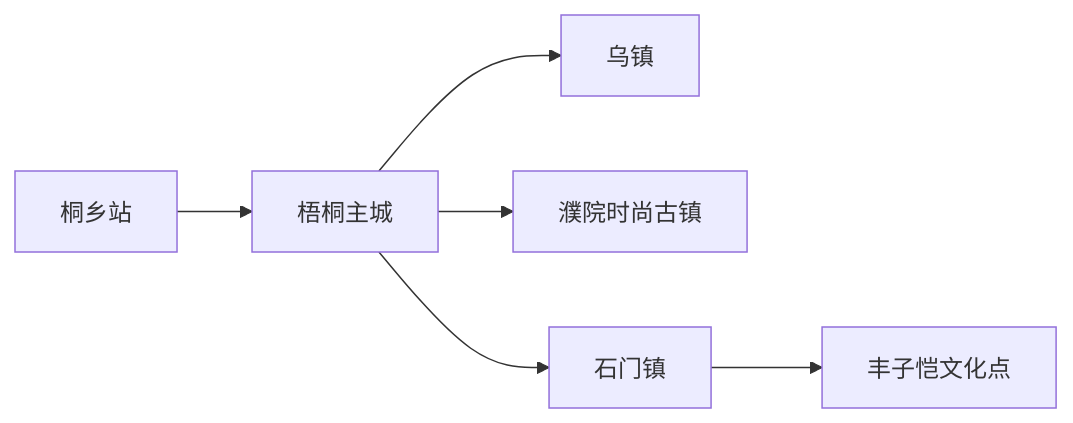
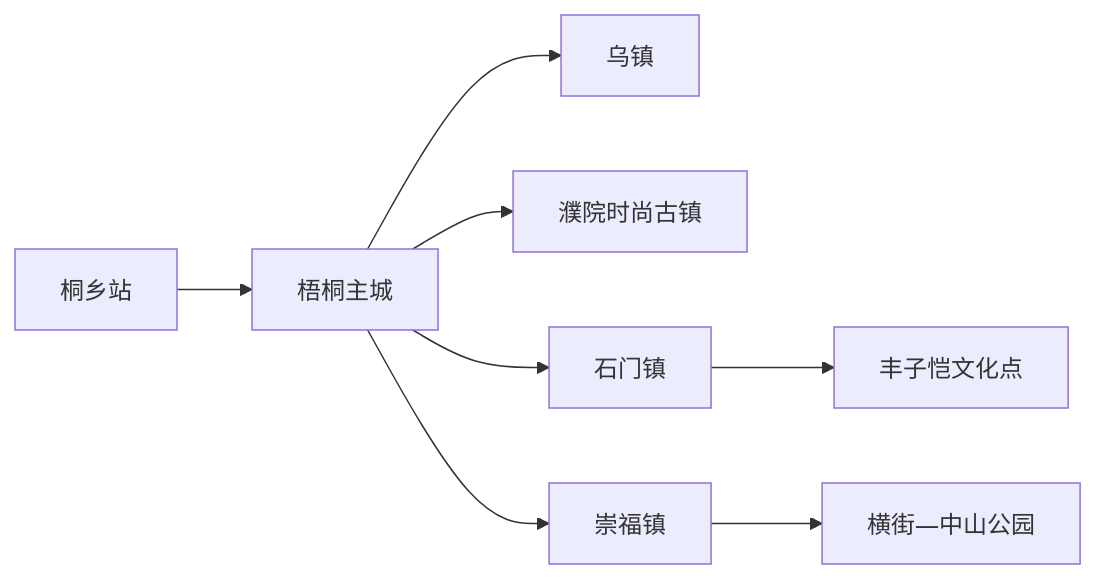
Before and after one commit to cyrilggg/travel-database: the first of 2 diagrams in destinations/中国/浙江省/桐乡市.md, drawn with Mermaid. The commit also changed other lines of this file and 8 other files, not shown here.

````diff
--- a/destinations/中国/浙江省/桐乡市.md
+++ b/destinations/中国/浙江省/桐乡市.md
@@ -32,8 +32,10 @@
 ```mermaid
 flowchart LR
  A["桐乡站"] --> B["梧桐主城"]
  B --> C["乌镇"]
  B --> D["濮院时尚古镇"]
  B --> E["石门镇"]
+ B --> G["崇福镇"]
  E --> F["丰子恺文化点"]
+ G --> H["横街—中山公园"]
 ```
````
